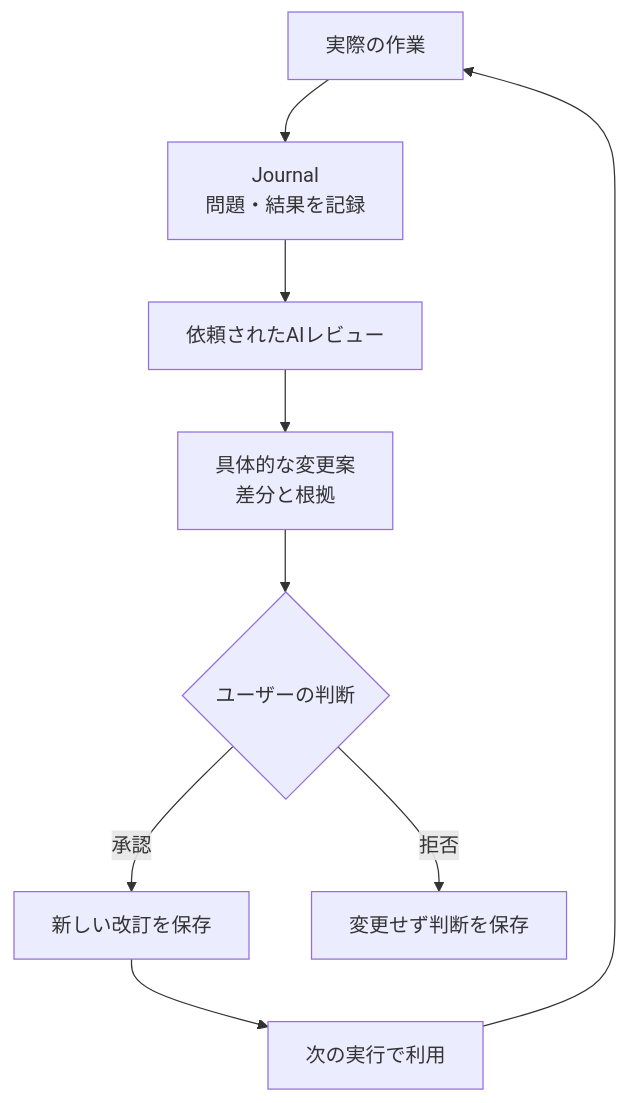
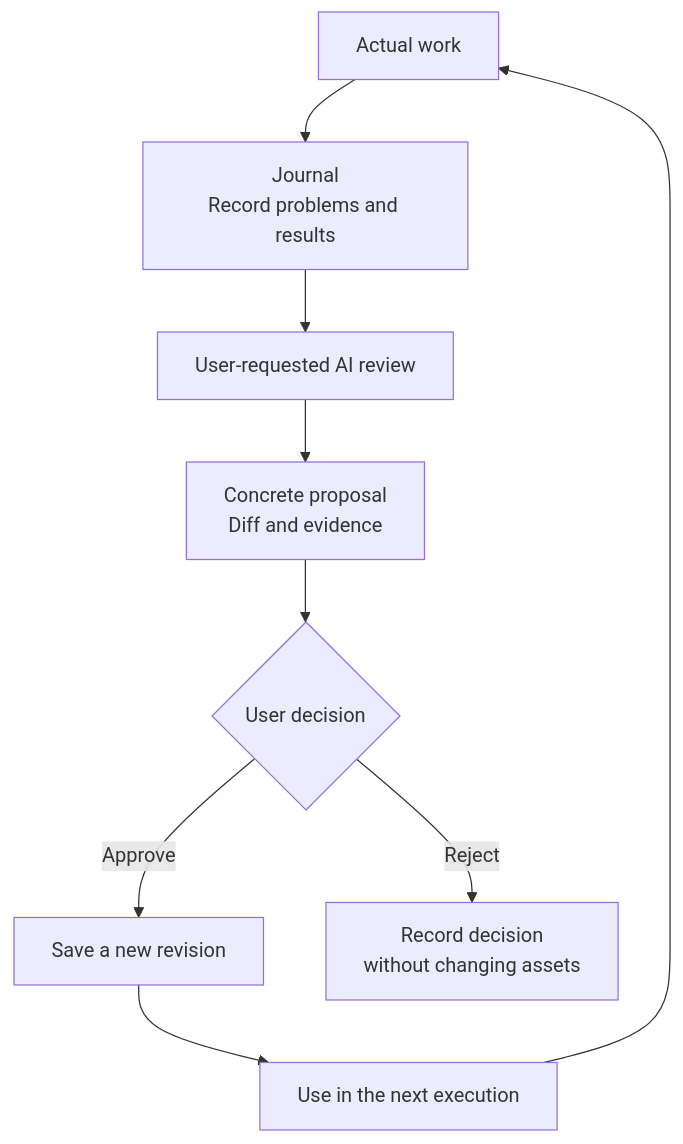
Before and after one commit to Memoria-ll/agent-asset-control-layer: the seventh of 8 diagrams in README.md, drawn with Mermaid. The commit also changed other lines of this file and 1 other file, not shown here.

````diff
--- a/README.md
+++ b/README.md
@@ -189,11 +191,11 @@
 ```mermaid
 flowchart TD
-    Work["実際の作業"] --> Journal["Journal<br/>問題・結果を記録"]
-    Journal --> Review["依頼されたAIレビュー"]
-    Review --> Proposal["具体的な変更案<br/>差分と根拠"]
-    Proposal --> Decision{"ユーザーの判断"}
-    Decision -->|"承認"| Revision["新しい改訂を保存"]
-    Decision -->|"拒否"| Keep["変更せず判断を保存"]
-    Revision --> Next["次の実行で利用"]
+    Work["Actual work"] --> Journal["Journal<br/>Record problems and results"]
+    Journal --> Review["User-requested AI review"]
+    Review --> Proposal["Concrete proposal<br/>Diff and evidence"]
+    Proposal --> Decision{"User decision"}
+    Decision -->|"Approve"| Revision["Save a new revision"]
+    Decision -->|"Reject"| Keep["Record decision<br/>without changing assets"]
+    Revision --> Next["Use in the next execution"]
     Next --> Work
 ```
````
